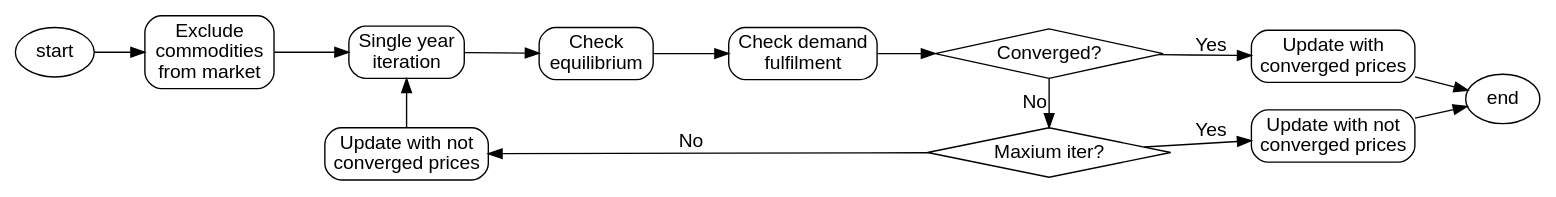
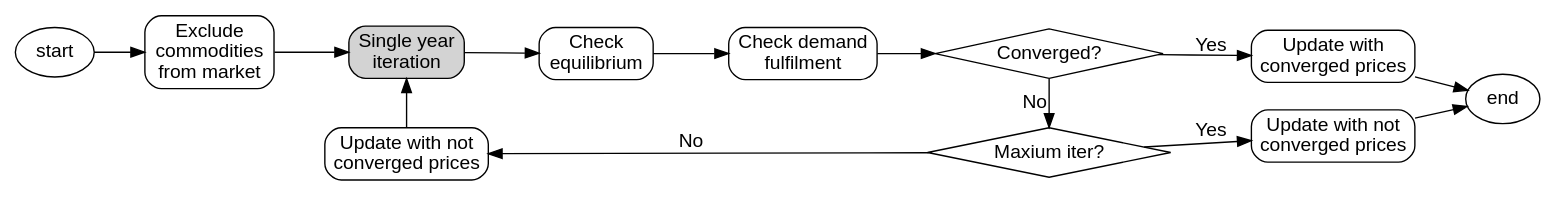
The eighth of 10 diagrams in docs/application-flow.rst (EnergySystemsModellingLab/MUSE_OS), drawn with Graphviz before and after one commit. The commit also changed other lines of this file, not shown here.

```diff
--- a/docs/application-flow.rst
+++ b/docs/application-flow.rst
@@ -298,34 +302,34 @@
 .. graphviz::
     :align: center
     :alt: Main loop to find the market equilibrium
 
     digraph find_equilibrium {
             fontname="Helvetica,Arial,sans-serif"
             node [fontname="Helvetica,Arial,sans-serif", shape=box, style=rounded]
             edge [fontname="Helvetica,Arial,sans-serif"]
             rankdir=LR
             clusterrank=local
             newrank=true
 
             {node [shape=""]; start; end;}
             exclude [label="Exclude\ncommodities\nfrom market"];
-            single_year [label="Single year\niteration"]
+            single_year [label="Single year\niteration", fillcolor="lightgrey", style="rounded,filled"]
             maxiter [label="Maxium iter?", shape=diamond, style=""]
             converged [label="Converged?", shape=diamond, style=""]
             prices [label="Update with\nconverged prices"]
             {node [label="Update with not\nconverged prices"]; prices1; prices2;}
             check_demand [label="Check demand\nfulfilment"]
             equilibrium [label="Check\nequilibrium"]
 
             start -> exclude -> single_year -> equilibrium -> check_demand -> converged
             converged -> prices [label="Yes"]
             prices -> end
             converged -> maxiter [label="No"]
             maxiter -> prices2 [label="No"]
             maxiter -> prices1 [label="Yes"]
             prices1 -> end
             prices2 -> single_year [constraint=false]
             {rank=same; prices2; single_year}
             {rank=same; maxiter; converged;}
             {rank=same; prices1; prices;}
         }
```
